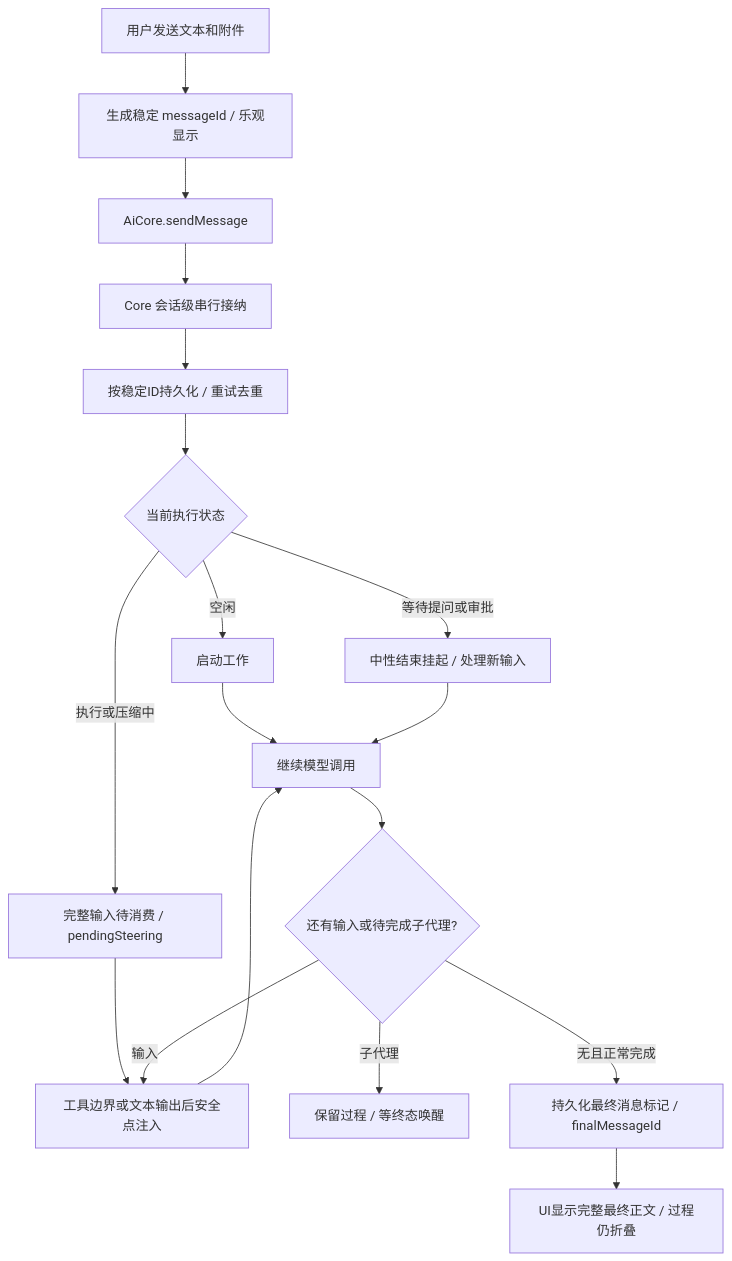
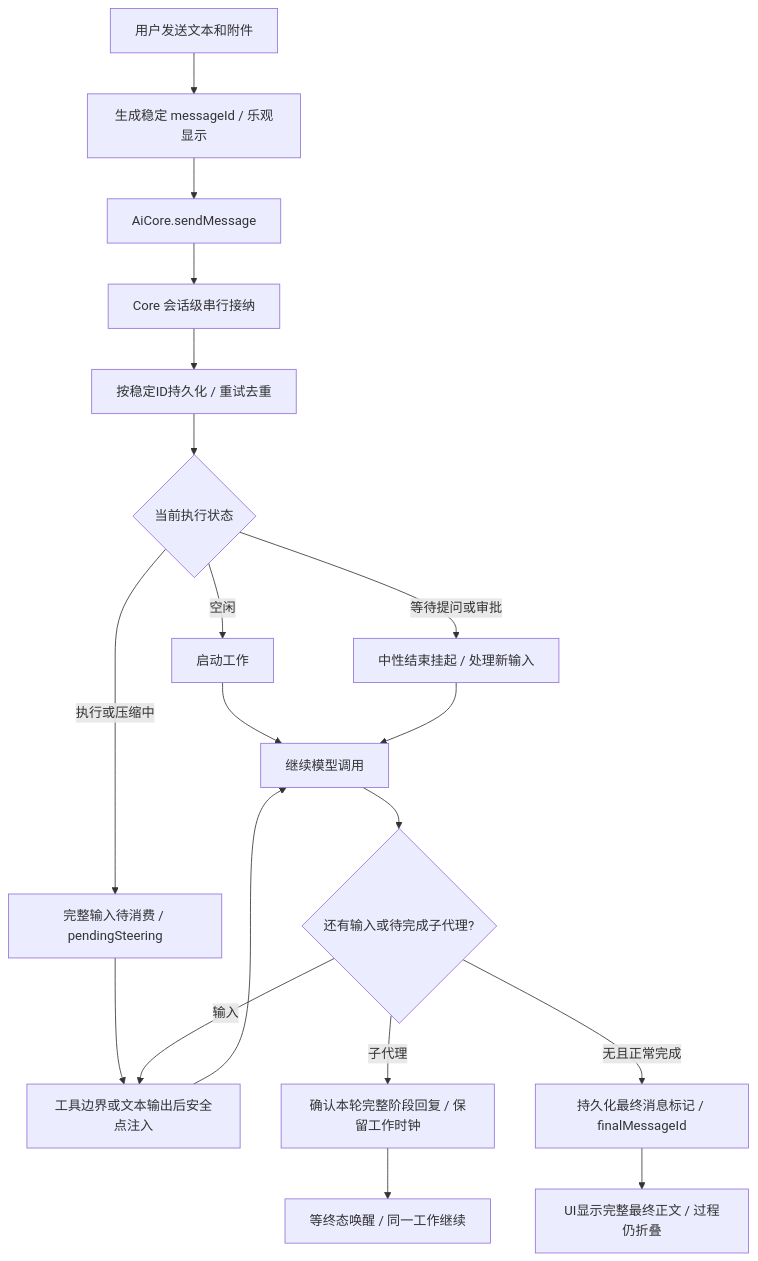
One commit to lzdev42/mederi changed the fifth of 21 diagrams in docs/architecture/04-flows.md. Above: the diagram before and after it, drawn with Mermaid. The commit also changed other lines of this file and 9 other files, not shown here.

````diff
--- a/docs/architecture/04-flows.md
+++ b/docs/architecture/04-flows.md
@@ -160,20 +160,21 @@
 ```mermaid
 flowchart TD
     U[用户发送文本和附件] --> VM[生成稳定 messageId / 乐观显示]
     VM --> AC[AiCore.sendMessage]
     AC --> C[Core 会话级串行接纳]
     C --> D[按稳定ID持久化 / 重试去重]
     D --> STATE{当前执行状态}
     STATE -->|空闲| START[启动工作]
     STATE -->|执行或压缩中| PENDING[完整输入待消费 / pendingSteering]
     STATE -->|等待提问或审批| RESUME[中性结束挂起 / 处理新输入]
     PENDING --> SAFE[工具边界或文本输出后安全点注入]
     SAFE --> NEXT[继续模型调用]
     NEXT --> CHECK{还有输入或待完成子代理?}
     CHECK -->|输入| SAFE
-    CHECK -->|子代理| WAIT[保留过程 / 等终态唤醒]
+    CHECK -->|子代理| STAGE[确认本轮完整阶段回复 / 保留工作时钟]
+    STAGE --> WAIT[等终态唤醒 / 同一工作继续]
     CHECK -->|无且正常完成| FINAL[持久化最终消息标记 / finalMessageId]
     START --> NEXT
     RESUME --> NEXT
     FINAL --> UI[UI显示完整最终正文 / 过程仍折叠]
 ```
````
